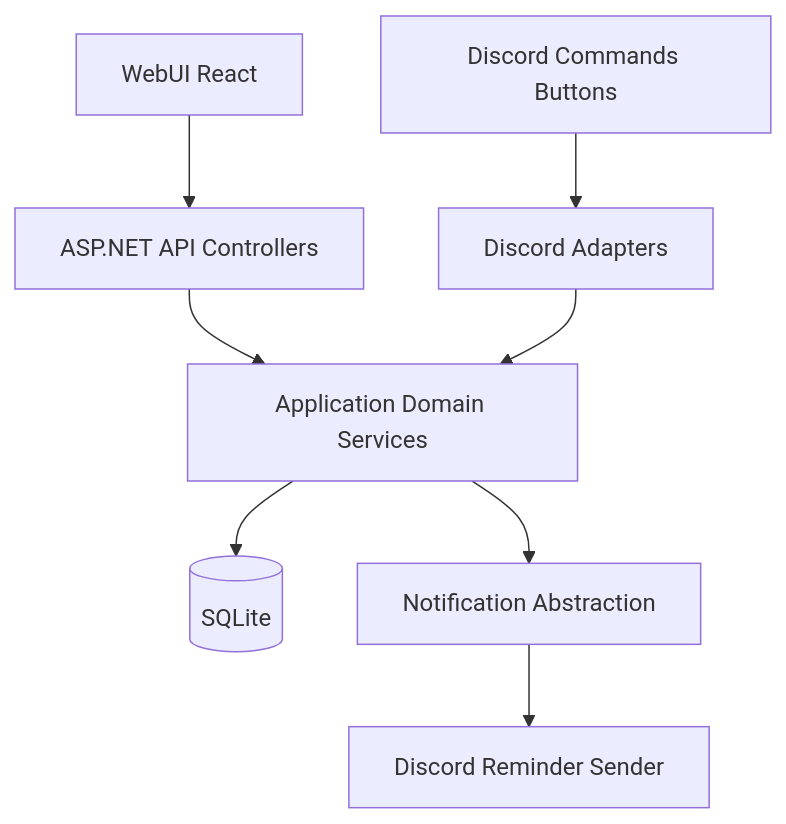
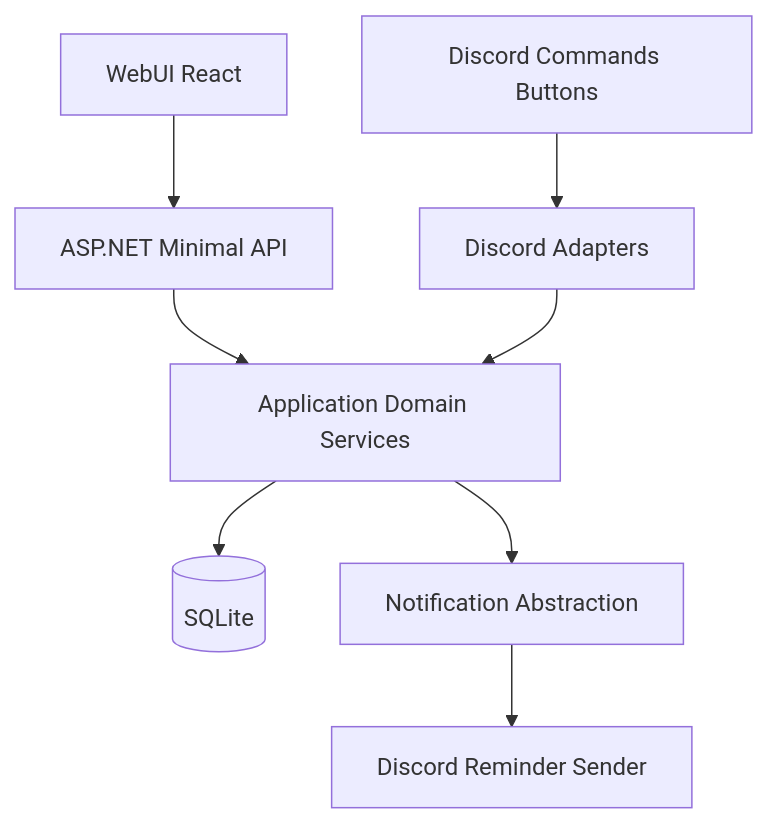
One commit to SypherXN/HomeBot changed the diagram in docs/Refined_WebUI_Adaptation_Plan.md. Above: the diagram before and after it, drawn with Mermaid. The commit also changed other lines of this file and 1326 other files, not shown here.

````diff
--- a/docs/Refined_WebUI_Adaptation_Plan.md
+++ b/docs/Refined_WebUI_Adaptation_Plan.md
@@ -15,10 +32,10 @@
 ```mermaid
 flowchart TD
-    webUi[WebUI React] --> api[ASP.NET API Controllers]
+    webUi[WebUI React] --> api[ASP.NET Minimal API]
     discordUi[Discord Commands Buttons] --> adapters[Discord Adapters]
     api --> appServices[Application Domain Services]
     adapters --> appServices
     appServices --> sqlite[(SQLite)]
     appServices --> notifier[Notification Abstraction]
     notifier --> discordNotifier[Discord Reminder Sender]
 ```
````
